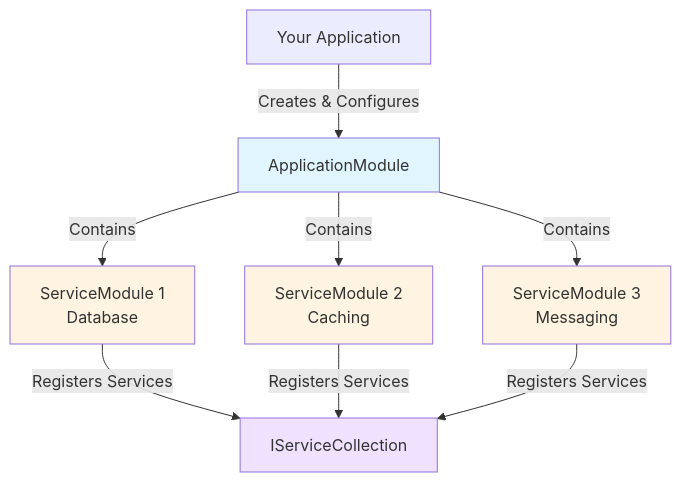
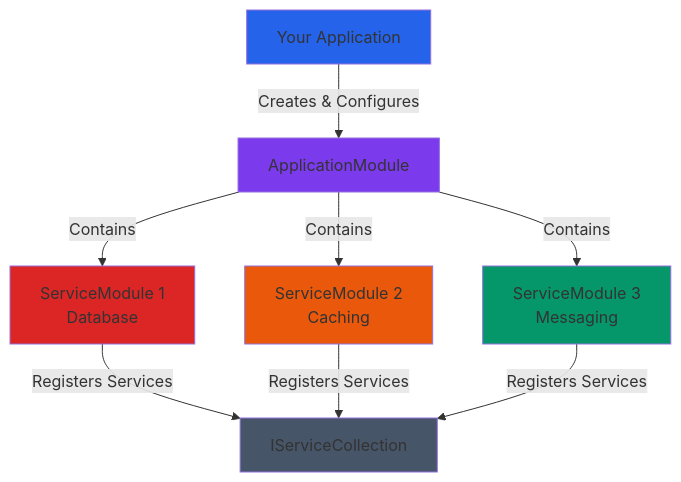
One commit to Aurora-Science-Hub/Framework changed the diagram in src/Composition/Readme.md. Above: the diagram before and after it, drawn with Mermaid.

````diff
--- a/src/Composition/Readme.md
+++ b/src/Composition/Readme.md
@@ -27,24 +27,25 @@
 ```mermaid
 graph TD
     App[Your Application]
     AppModule[ApplicationModule]
     SM1[ServiceModule 1<br/>Database]
     SM2[ServiceModule 2<br/>Caching]
     SM3[ServiceModule 3<br/>Messaging]
     Services[IServiceCollection]
 
     App -->|Creates & Configures| AppModule
     AppModule -->|Contains| SM1
     AppModule -->|Contains| SM2
     AppModule -->|Contains| SM3
 
     SM1 -->|Registers Services| Services
     SM2 -->|Registers Services| Services
     SM3 -->|Registers Services| Services
 
-    style AppModule fill:#e1f5ff
-    style SM1 fill:#fff4e1
-    style SM2 fill:#fff4e1
-    style SM3 fill:#fff4e1
-    style Services fill:#f0e1ff
+    style App fill:#2563eb
+    style AppModule fill:#7c3aed
+    style SM1 fill:#dc2626
+    style SM2 fill:#ea580c
+    style SM3 fill:#059669
+    style Services fill:#475569
 ```
````
